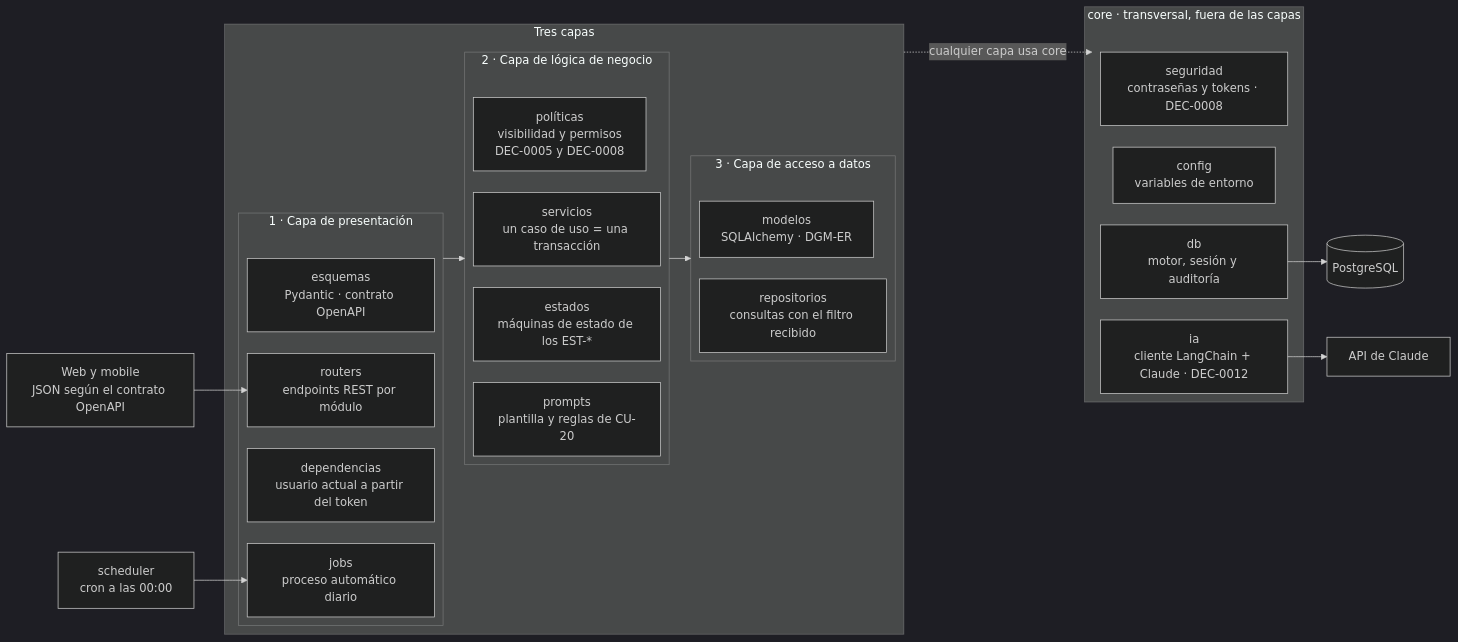
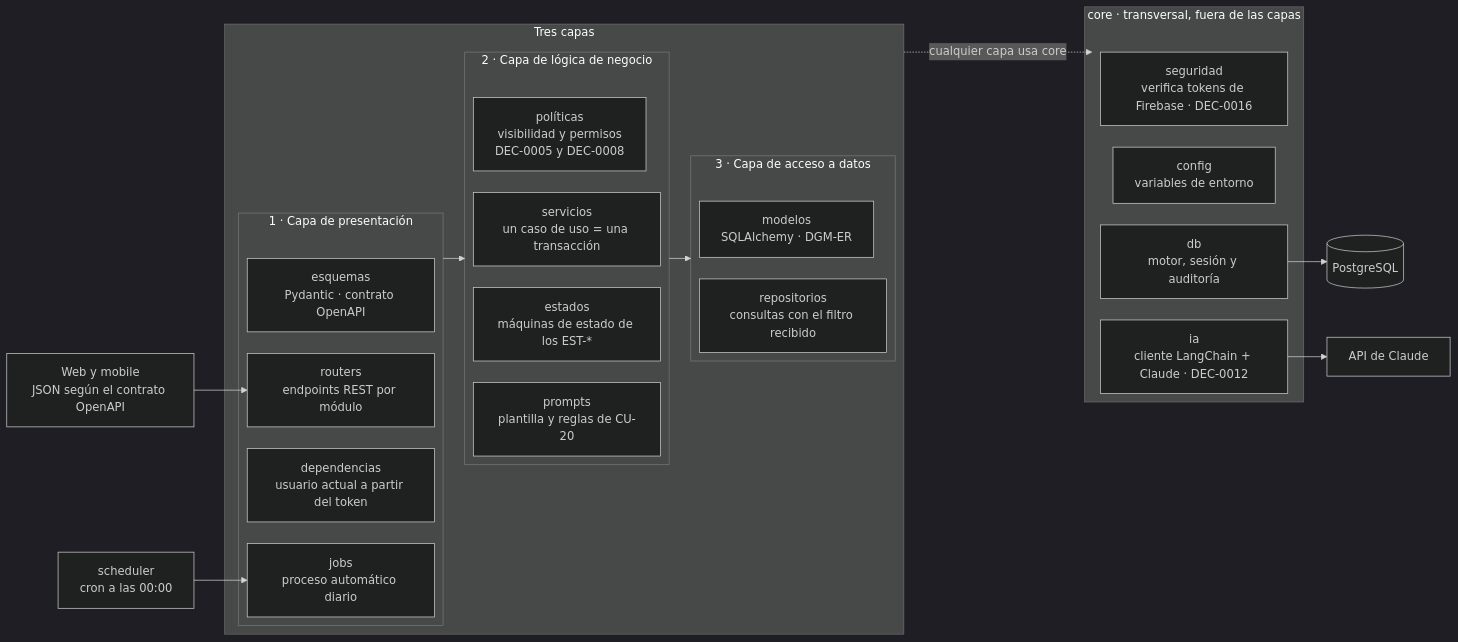
The third of 7 diagrams in 05-Diseño/Arquitectura/ARQ — Vista general.md (FranLuciano04/Vault-Rumbo), drawn with Mermaid (dark theme) before and after one commit. The commit also changed other lines of this file and 15 other files, not shown here.

First line of the commit message:
Autenticación con Firebase (DEC-0016)

````diff
--- a/05-Diseño/Arquitectura/ARQ — Vista general.md
+++ b/05-Diseño/Arquitectura/ARQ — Vista general.md
@@ -131,48 +136,48 @@
 ```mermaid
 %%{init: {"flowchart": {"defaultRenderer": "elk"}} }%%
 flowchart LR
     Front["Web y mobile<br/>JSON según el contrato OpenAPI"]
     Sched["scheduler<br/>cron a las 00:00"]
 
     subgraph Capas["Tres capas"]
       direction TB
       subgraph P["1 · Capa de presentación"]
         direction LR
         R["routers<br/>endpoints REST por módulo"]
         Esq["esquemas<br/>Pydantic · contrato OpenAPI"]
         Dep["dependencias<br/>usuario actual a partir del token"]
         Job["jobs<br/>proceso automático diario"]
       end
       subgraph N["2 · Capa de lógica de negocio"]
         direction LR
         S["servicios<br/>un caso de uso = una transacción"]
         Est["estados<br/>máquinas de estado de los EST-*"]
         Pol["políticas<br/>visibilidad y permisos<br/>DEC-0005 y DEC-0008"]
         Pr["prompts<br/>plantilla y reglas de CU-20"]
       end
       subgraph D["3 · Capa de acceso a datos"]
         direction LR
         Rep["repositorios<br/>consultas con el filtro recibido"]
         Mod["modelos<br/>SQLAlchemy · DGM-ER"]
       end
       P --> N
       N --> D
     end
 
     subgraph C["core · transversal, fuera de las capas"]
       direction TB
       Cfg["config<br/>variables de entorno"]
-      Sec["seguridad<br/>contraseñas y tokens · DEC-0008"]
+      Sec["seguridad<br/>verifica tokens de Firebase · DEC-0016"]
       Db["db<br/>motor, sesión y auditoría"]
       IA["ia<br/>cliente LangChain + Claude · DEC-0012"]
     end
 
     DB[("PostgreSQL")]
     Claude["API de Claude"]
 
     Front --> R
     Sched --> Job
     Capas -. "cualquier capa usa core" .-> C
     Db --> DB
     IA --> Claude
 ```
````
